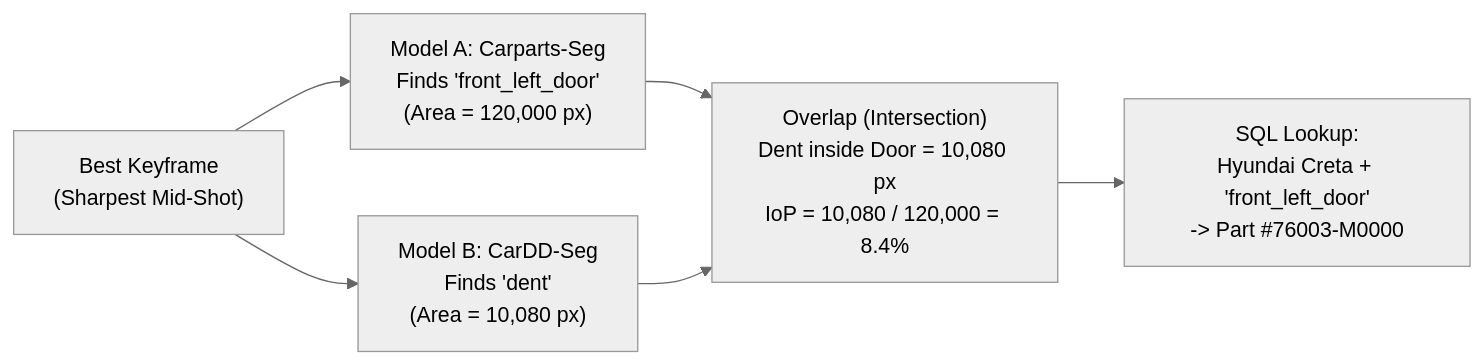
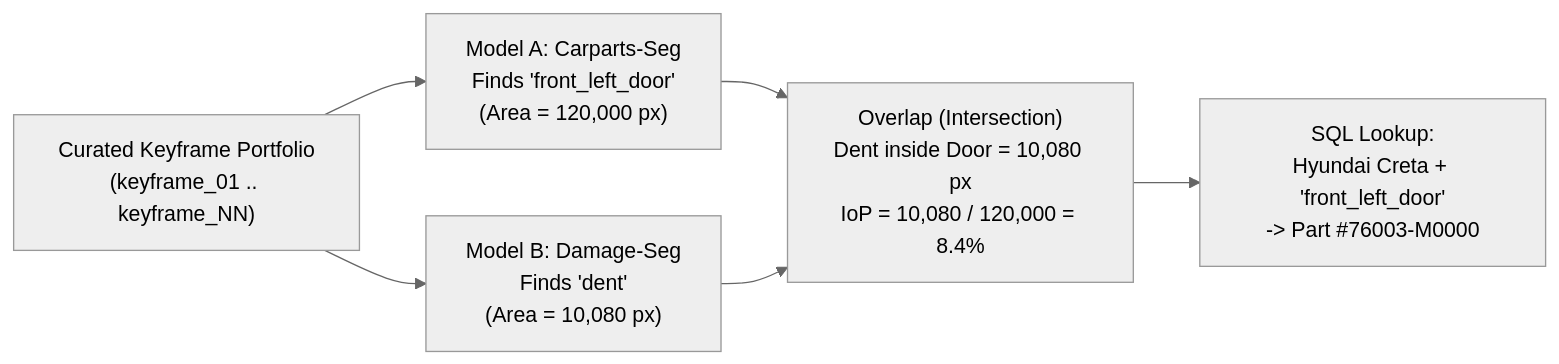
One commit to idkjashan/settle_ai changed the second of 4 diagrams in docs/auto_settle_ai_architecture_adversarial_plan.md. Above: the diagram before and after it, drawn with Mermaid (neutral theme). The commit also changed other lines of this file and 116 other files, not shown here.

Commit message:
feat: complete Stage 0, Stage 1 hardening, real walkaround video test suite, adversarial breaker suite, and architecture documentation

````diff
--- a/docs/auto_settle_ai_architecture_adversarial_plan.md
+++ b/docs/auto_settle_ai_architecture_adversarial_plan.md
@@ -174,7 +185,7 @@
 ```mermaid
 flowchart LR
-    A["Best Keyframe\n(Sharpest Mid-Shot)"] --> B["Model A: Carparts-Seg\nFinds 'front_left_door'\n(Area = 120,000 px)"]
-    A --> C["Model B: CarDD-Seg\nFinds 'dent'\n(Area = 10,080 px)"]
+    A["Curated Keyframe Portfolio\n(keyframe_01 .. keyframe_NN)"] --> B["Model A: Carparts-Seg\nFinds 'front_left_door'\n(Area = 120,000 px)"]
+    A --> C["Model B: Damage-Seg\nFinds 'dent'\n(Area = 10,080 px)"]
     B & C --> D["Overlap (Intersection)\nDent inside Door = 10,080 px\nIoP = 10,080 / 120,000 = 8.4%"]
     D --> E["SQL Lookup:\nHyundai Creta + 'front_left_door'\n-> Part #76003-M0000"]
 ```
````
